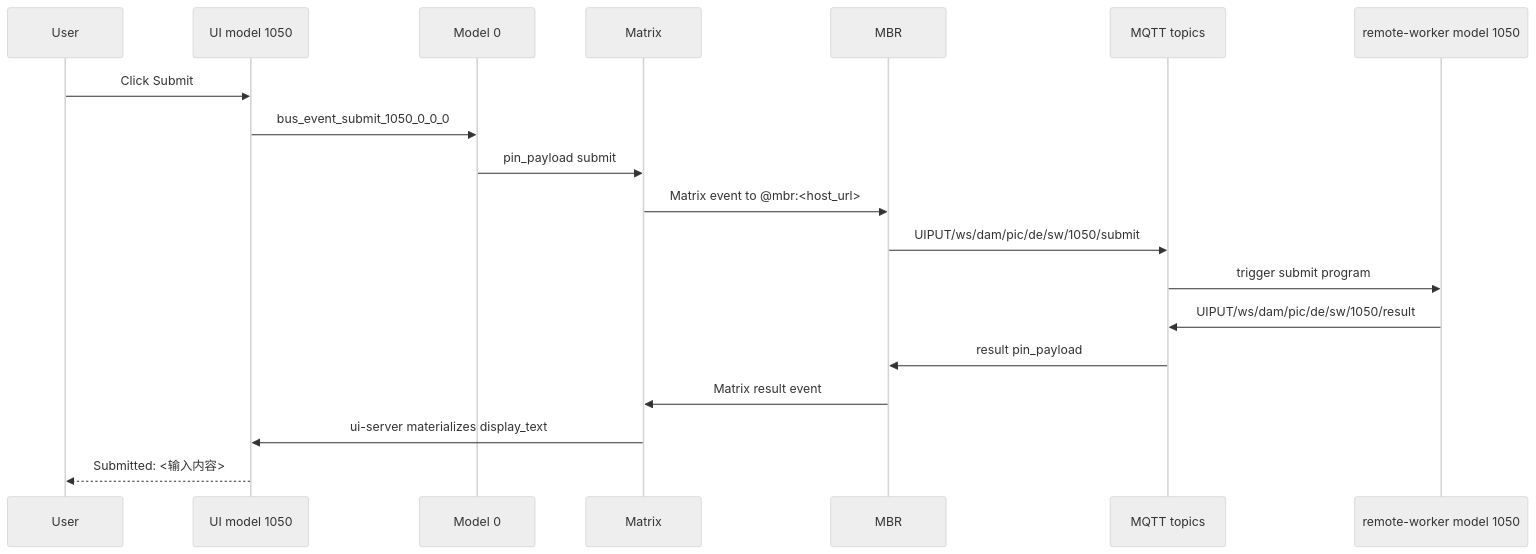
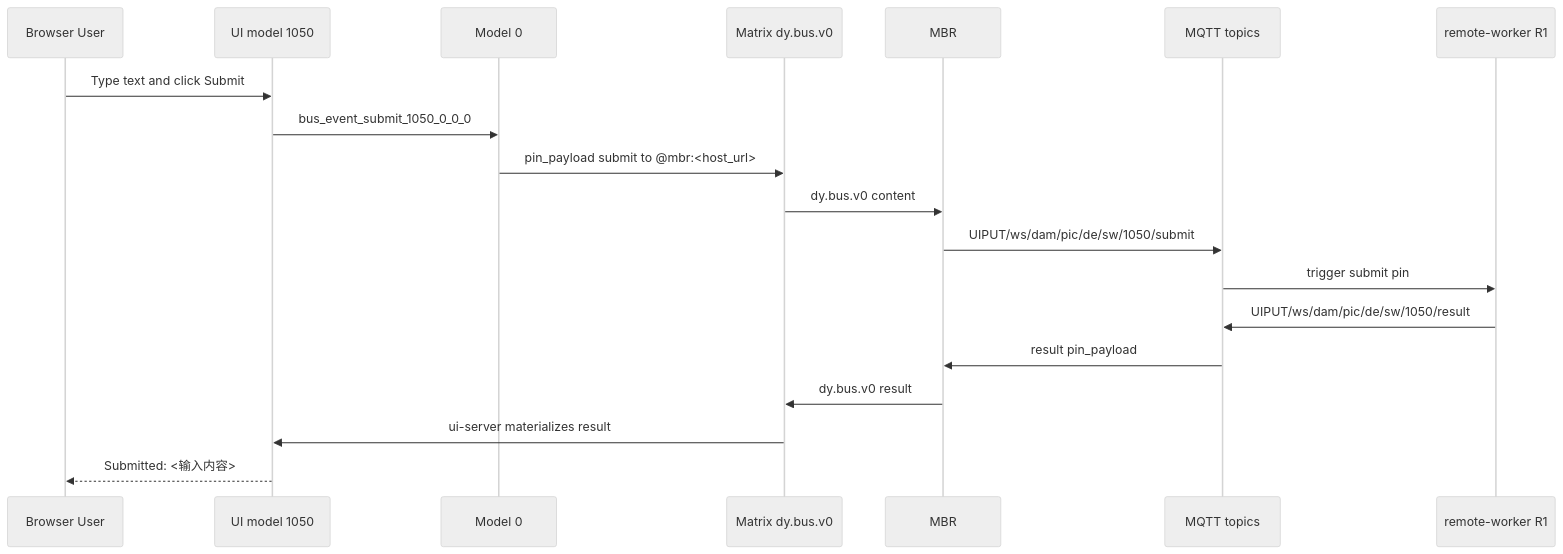
One commit to drooop/dongyu_js_core changed the first of 4 diagrams in docs/user-guide/slide-app-runtime/minimal_submit_app_provider_visualized.md. Above: the diagram before and after it, drawn with Mermaid (neutral theme). The commit also changed other lines of this file and 14 other files, not shown here.

First line of the commit message:
docs(slide): publish minimal submit dual bus guide [0360]

````diff
--- a/docs/user-guide/slide-app-runtime/minimal_submit_app_provider_visualized.md
+++ b/docs/user-guide/slide-app-runtime/minimal_submit_app_provider_visualized.md
@@ -87,22 +15,22 @@
 ```mermaid
 sequenceDiagram
-  participant U as User
+  participant User as Browser User
   participant UI as UI model 1050
   participant M0 as Model 0
-  participant MX as Matrix
+  participant Matrix as Matrix dy.bus.v0
   participant MBR as MBR
   participant MQTT as MQTT topics
-  participant RW as remote-worker model 1050
+  participant R1 as remote-worker R1
 
-  U->>UI: Click Submit
+  User->>UI: Type text and click Submit
   UI->>M0: bus_event_submit_1050_0_0_0
-  M0->>MX: pin_payload submit
-  MX->>MBR: Matrix event to @mbr:<host_url>
+  M0->>Matrix: pin_payload submit to @mbr:<host_url>
+  Matrix->>MBR: dy.bus.v0 content
   MBR->>MQTT: UIPUT/ws/dam/pic/de/sw/1050/submit
-  MQTT->>RW: trigger submit program
-  RW->>MQTT: UIPUT/ws/dam/pic/de/sw/1050/result
+  MQTT->>R1: trigger submit pin
+  R1->>MQTT: UIPUT/ws/dam/pic/de/sw/1050/result
   MQTT->>MBR: result pin_payload
-  MBR->>MX: Matrix result event
-  MX->>UI: ui-server materializes display_text
-  UI-->>U: Submitted: <输入内容>
+  MBR->>Matrix: dy.bus.v0 result
+  Matrix->>UI: ui-server materializes result
+  UI-->>User: Submitted: <输入内容>
 ```
````
